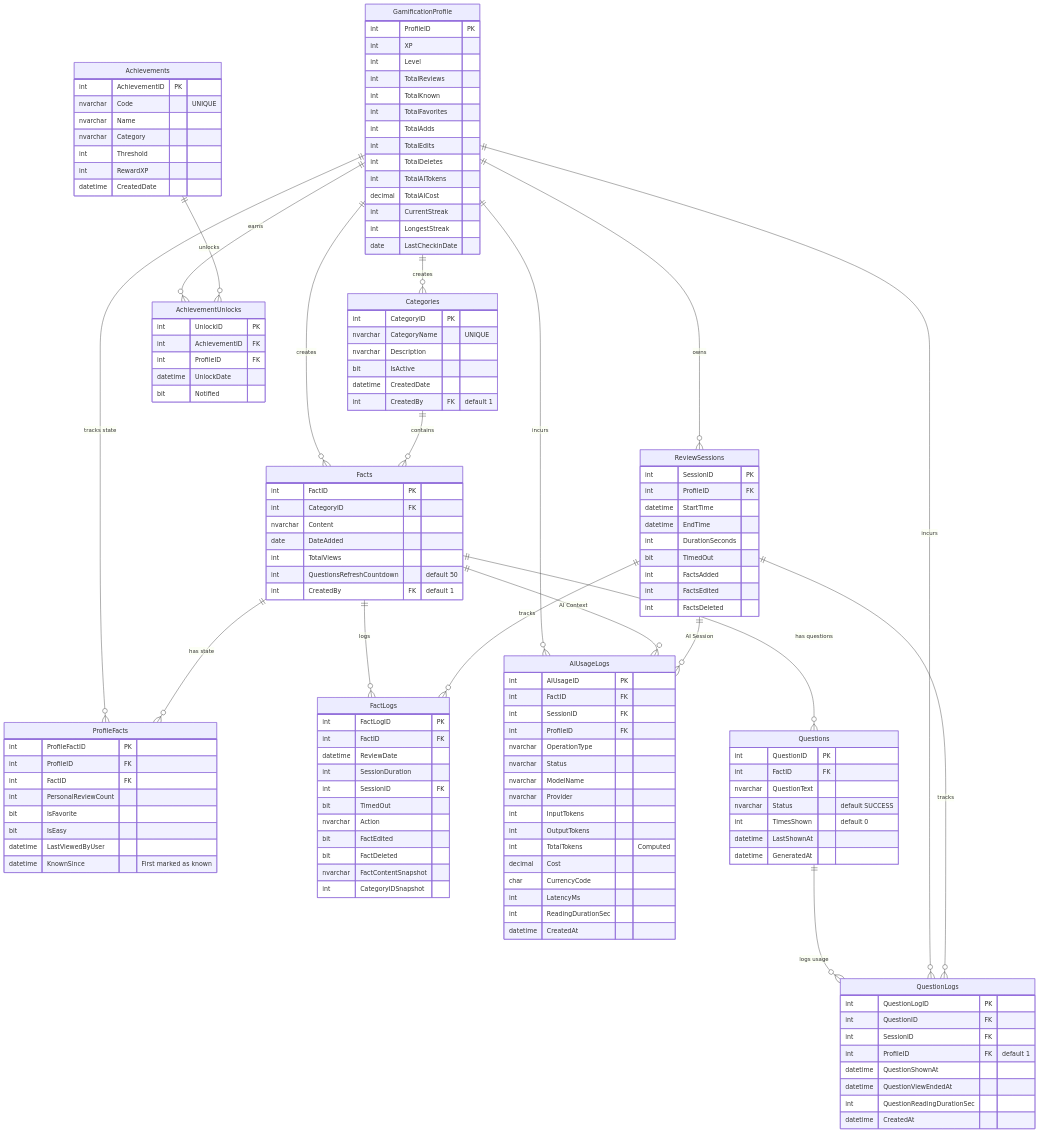
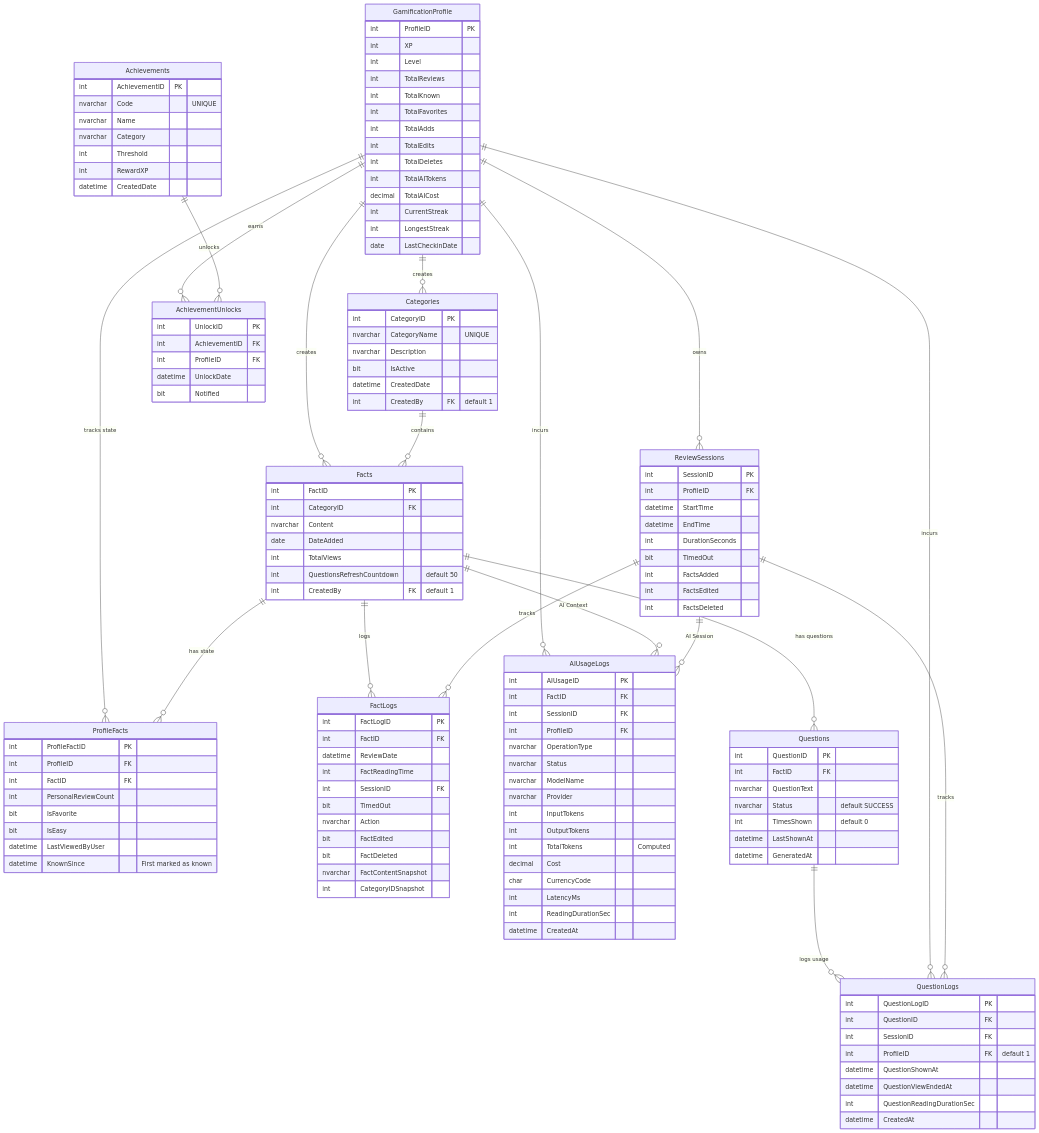
Before and after one commit to LordGauravB/FactDari: the diagram in database_setup/database_ERD.mmd, drawn with Mermaid. The commit also changed 5 other files, not shown here.

```diff
--- a/database_setup/database_ERD.mmd
+++ b/database_setup/database_ERD.mmd
@@ -1,162 +1,162 @@
 erDiagram
     GamificationProfile {
         int ProfileID PK
         int XP
         int Level
         int TotalReviews
         int TotalKnown
         int TotalFavorites
         int TotalAdds
         int TotalEdits
         int TotalDeletes
         int TotalAITokens
         decimal TotalAICost
         int CurrentStreak
         int LongestStreak
         date LastCheckinDate
     }
 
     Categories {
         int CategoryID PK
         nvarchar CategoryName "UNIQUE"
         nvarchar Description
         bit IsActive
         datetime CreatedDate
         int CreatedBy FK "default 1"
     }
 
     Facts {
         int FactID PK
         int CategoryID FK
         nvarchar Content
         date DateAdded
         int TotalViews
         int QuestionsRefreshCountdown "default 50"
         int CreatedBy FK "default 1"
     }
 
     ProfileFacts {
         int ProfileFactID PK
         int ProfileID FK
         int FactID FK
         int PersonalReviewCount
         bit IsFavorite
         bit IsEasy
         datetime LastViewedByUser
         datetime KnownSince "First marked as known"
     }
 
     ReviewSessions {
         int SessionID PK
         int ProfileID FK
         datetime StartTime
         datetime EndTime
         int DurationSeconds
         bit TimedOut
         int FactsAdded
         int FactsEdited
         int FactsDeleted
     }
 
     FactLogs {
         int FactLogID PK
         int FactID FK
         datetime ReviewDate
-        int SessionDuration
+        int FactReadingTime
         int SessionID FK
         bit TimedOut
         nvarchar Action
         bit FactEdited
         bit FactDeleted
         nvarchar FactContentSnapshot
         int CategoryIDSnapshot
     }
 
     AIUsageLogs {
         int AIUsageID PK
         int FactID FK
         int SessionID FK
         int ProfileID FK
         nvarchar OperationType
         nvarchar Status
         nvarchar ModelName
         nvarchar Provider
         int InputTokens
         int OutputTokens
         int TotalTokens "Computed"
         decimal Cost
         char CurrencyCode
         int LatencyMs
         int ReadingDurationSec
         datetime CreatedAt
     }
 
     Questions {
         int QuestionID PK
         int FactID FK
         nvarchar QuestionText
         nvarchar Status "default SUCCESS"
         int TimesShown "default 0"
         datetime LastShownAt
         datetime GeneratedAt
     }
 
     QuestionLogs {
         int QuestionLogID PK
         int QuestionID FK
         int SessionID FK
         int ProfileID FK "default 1"
         datetime QuestionShownAt
         datetime QuestionViewEndedAt
         int QuestionReadingDurationSec
         datetime CreatedAt
     }
 
     Achievements {
         int AchievementID PK
         nvarchar Code "UNIQUE"
         nvarchar Name
         nvarchar Category
         int Threshold
         int RewardXP
         datetime CreatedDate
     }
 
     AchievementUnlocks {
         int UnlockID PK
         int AchievementID FK
         int ProfileID FK
         datetime UnlockDate
         bit Notified
     }
 
     %% --- Core Relationships ---
     GamificationProfile ||--o{ ReviewSessions : owns
     GamificationProfile ||--o{ AchievementUnlocks : earns
     GamificationProfile ||--o{ AIUsageLogs : incurs
     GamificationProfile ||--o{ ProfileFacts : "tracks state"
     
     %% --- Creator Tracking (Added these based on SQL FKs) ---
     GamificationProfile ||--o{ Categories : "creates"
     GamificationProfile ||--o{ Facts : "creates"
 
     %% --- Content Structure ---
     Categories ||--o{ Facts : contains
     Facts ||--o{ ProfileFacts : "has state"
     
     %% --- Logging & History ---
     Facts ||--o{ FactLogs : logs
     ReviewSessions ||--o{ FactLogs : tracks
     
     %% --- AI ---
     Facts ||--o{ AIUsageLogs : "AI Context"
     ReviewSessions ||--o{ AIUsageLogs : "AI Session"
 
     %% --- Questions ---
     Facts ||--o{ Questions : "has questions"
     Questions ||--o{ QuestionLogs : "logs usage"
     GamificationProfile ||--o{ QuestionLogs : "incurs"
     ReviewSessions ||--o{ QuestionLogs : "tracks"
 
     %% --- Gamification ---
     Achievements ||--o{ AchievementUnlocks : unlocks
```
